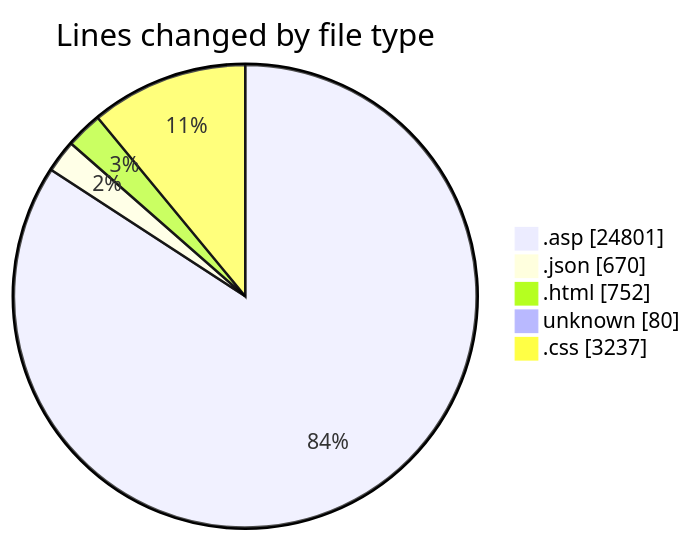
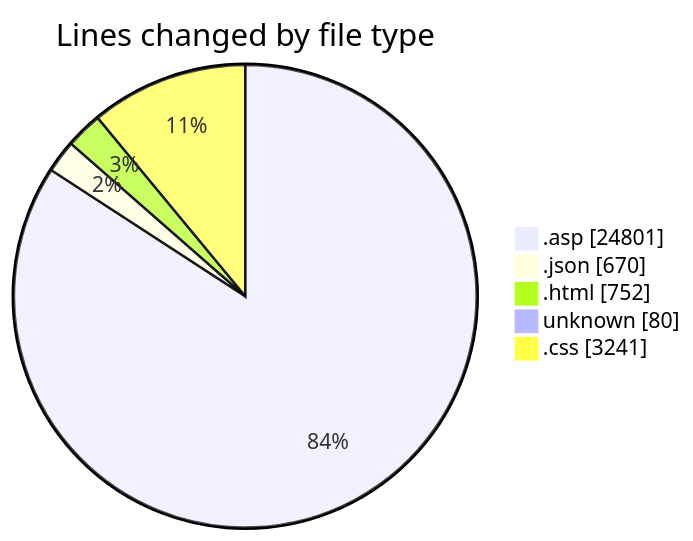
One commit to julien-gomy/code-tracking changed the first of 2 diagrams in 2025-11-01/cdp_aleoudev_fr__workspace_/README.md. Above: the diagram before and after it, drawn with Mermaid. The commit also changed other lines of this file and 1 other file, not shown here.

````diff
--- a/2025-11-01/cdp_aleoudev_fr__workspace_/README.md
+++ b/2025-11-01/cdp_aleoudev_fr__workspace_/README.md
@@ -37,9 +37,9 @@
 ```mermaid
 pie showData
 title Lines changed by file type
 ".asp" : 24801
 ".json" : 670
 ".html" : 752
 "unknown" : 80
-".css" : 3237
+".css" : 3241
 ```
````
